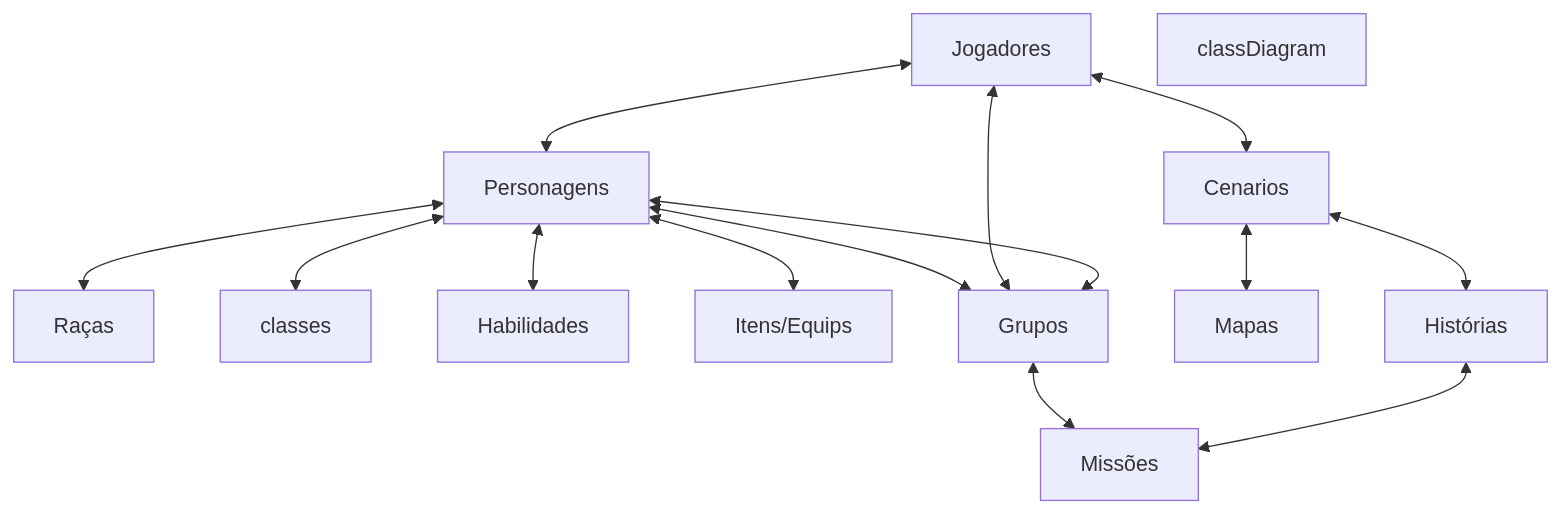
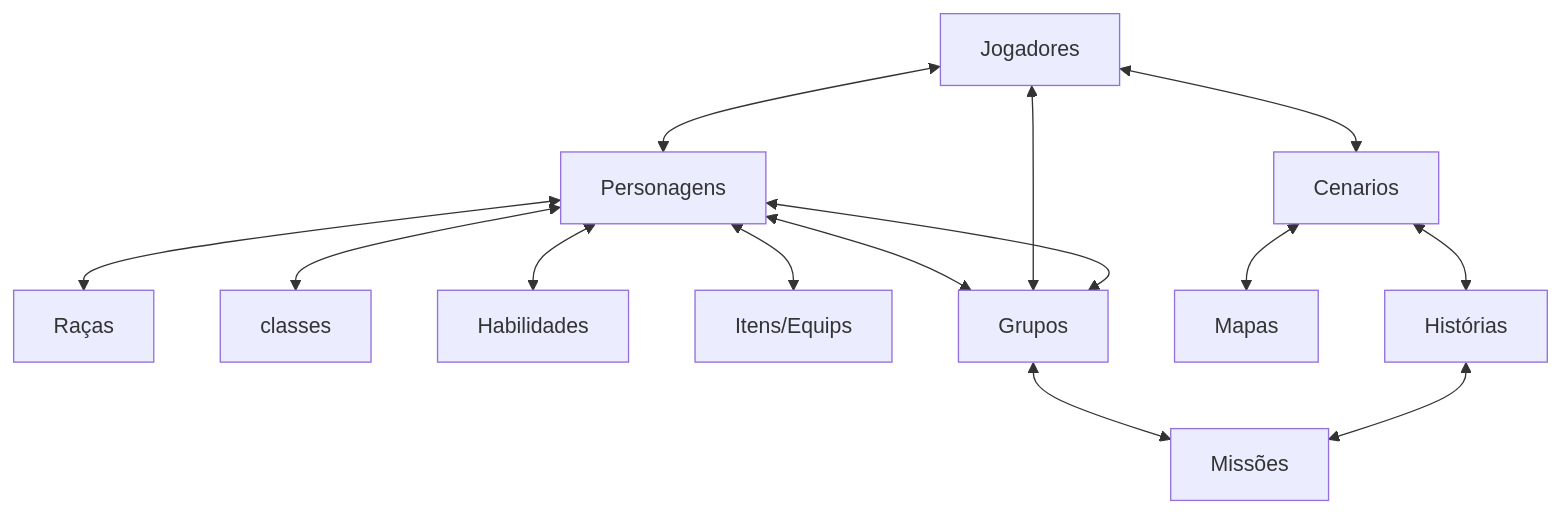
The diagram in .specs/concepcao_dados_para_engine.md (carloslocatellij/Character-Sistem), drawn with Mermaid before and after one commit. The commit also changed 17 other files, not shown here.

````diff
--- a/.specs/concepcao_dados_para_engine.md
+++ b/.specs/concepcao_dados_para_engine.md
@@ -8,30 +8,30 @@
 ```mermaid
 graph TD;
 
 per[Personagens]
 rac[Raças]
 cla[classes]
 hab[Habilidades]
 equip[Itens/Equips]
 gru[Grupos]
 map[Mapas]
 cen[Cenarios]
 mi[Missões]
 jog[Jogadores]
 his[Histórias]
 
-classDiagram
+
     jog <--> per <--> gru
     jog <--> gru
     per <--> rac
     per <--> cla
     per <--> hab
     per <--> equip
     per <--> gru
     gru <--> mi
     cen <--> map
     cen <--> his
     his <--> mi
     jog <--> cen
 
 ```
````
